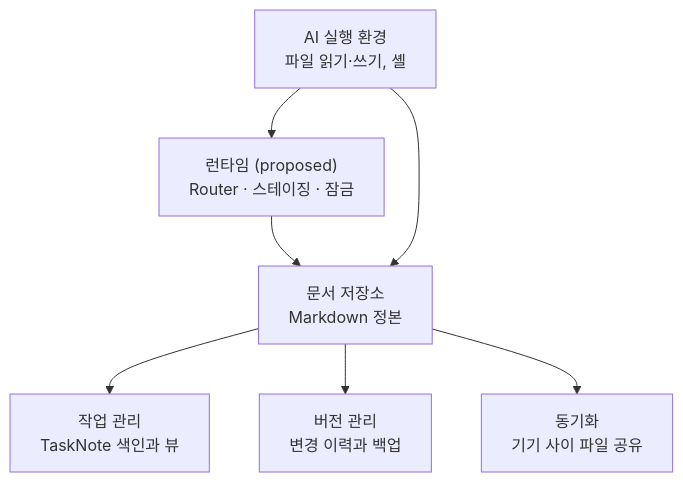
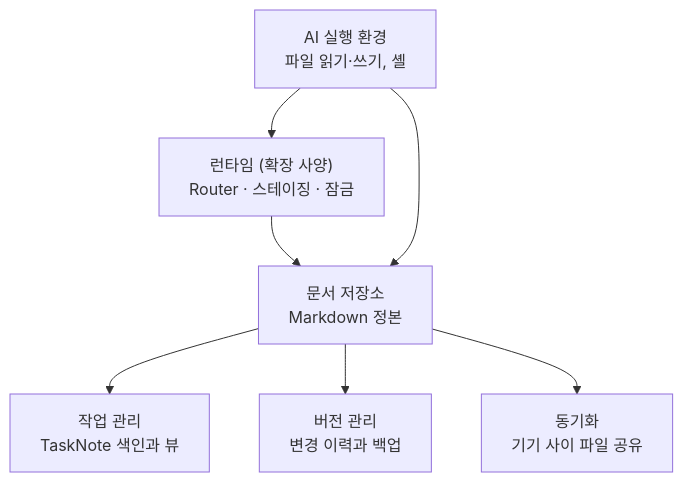
Before and after one commit to jinwoongkwak/AGENT_NODE_GOVERNANCE: the diagram in Architecture/Workspace_and_Tools.md, drawn with Mermaid. The commit also changed other lines of this file and 40 other files, not shown here.

````diff
--- a/Architecture/Workspace_and_Tools.md
+++ b/Architecture/Workspace_and_Tools.md
@@ -28,9 +28,9 @@
 ```mermaid
 flowchart TB
     D["문서 저장소<br/>Markdown 정본"] --> T["작업 관리<br/>TaskNote 색인과 뷰"]
     D --> V["버전 관리<br/>변경 이력과 백업"]
     D --> S["동기화<br/>기기 사이 파일 공유"]
-    R["런타임 (proposed)<br/>Router · 스테이징 · 잠금"] --> D
+    R["런타임 (확장 사양)<br/>Router · 스테이징 · 잠금"] --> D
     A["AI 실행 환경<br/>파일 읽기·쓰기, 셸"] --> R
     A --> D
 ```
````
